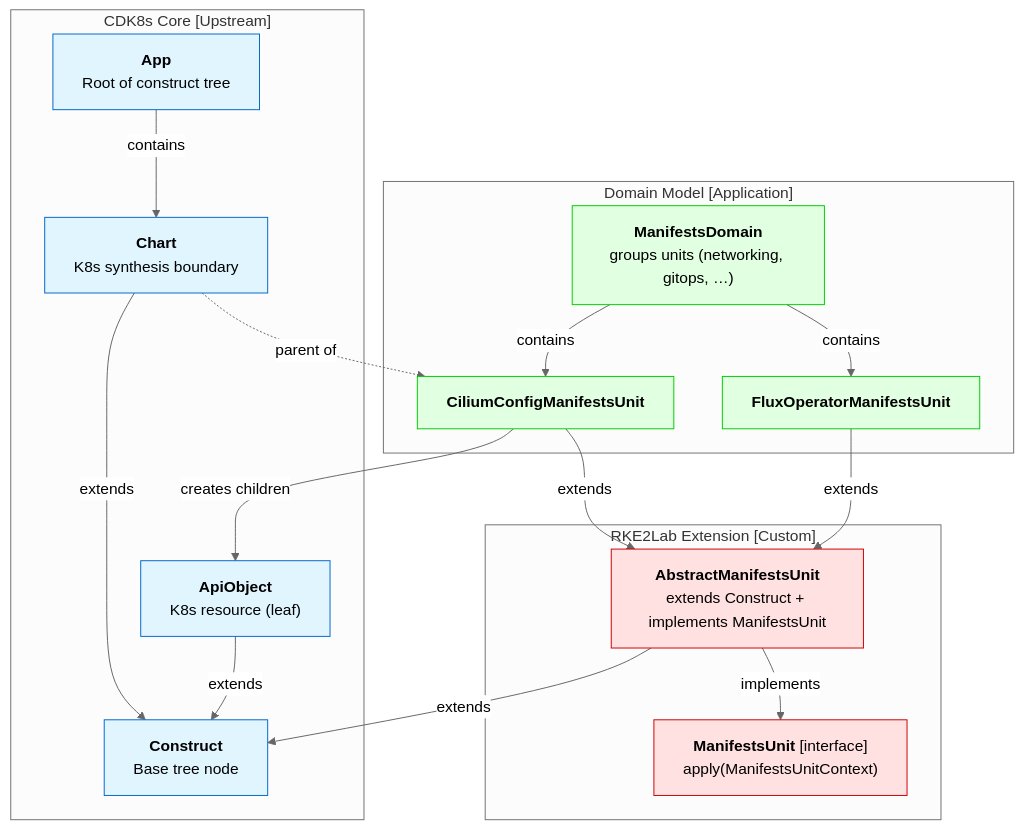
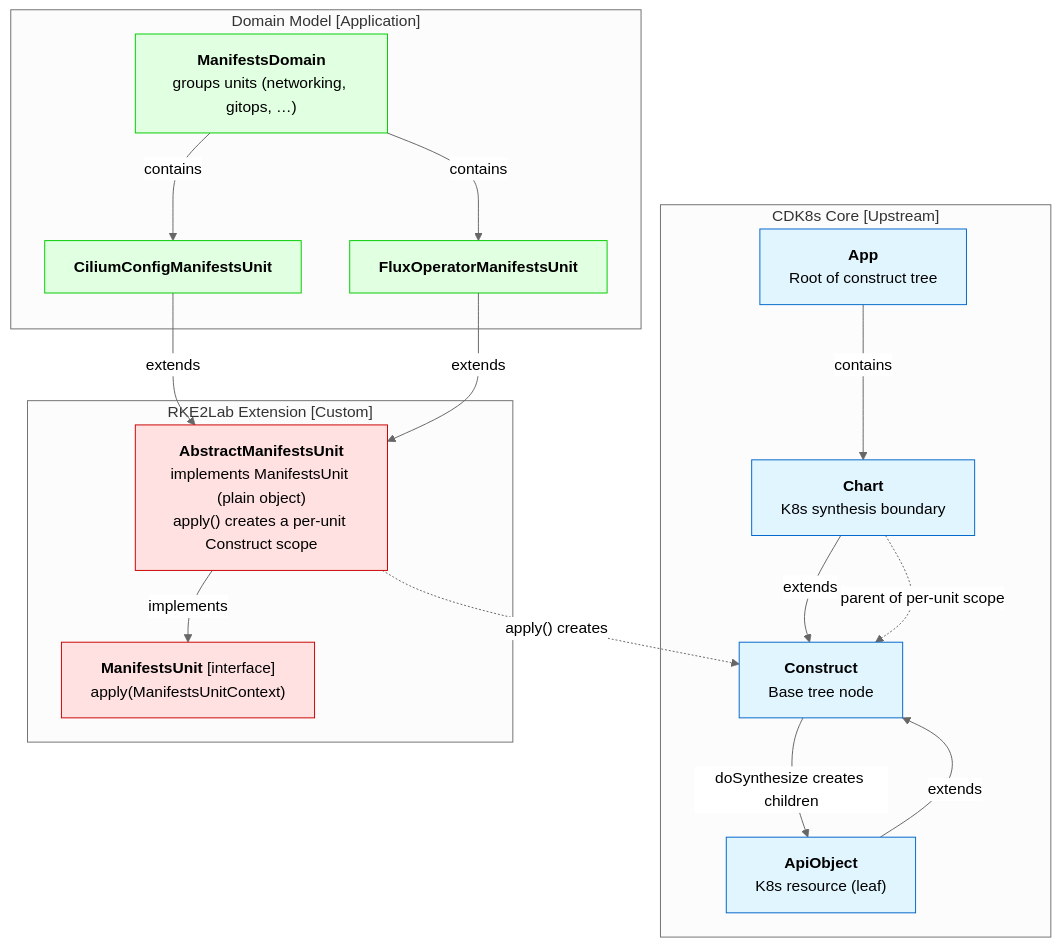
Before and after one commit to nxmatic/rke2lab: the second of 6 diagrams in docs/architecture/manifests/manifests-architecture.adoc, drawn with Mermaid (neutral theme). The commit also changed other lines of this file and 39 other files, not shown here.

```diff
--- a/docs/architecture/manifests/manifests-architecture.adoc
+++ b/docs/architecture/manifests/manifests-architecture.adoc
@@ -250,46 +247,46 @@
 [mermaid]
 ----
 graph TB
     subgraph "CDK8s Core [Upstream]"
         CDK8sApp["<b>App</b><br/>Root of construct tree"]
         CDK8sChart["<b>Chart</b><br/>K8s synthesis boundary"]
         CDK8sConstruct["<b>Construct</b><br/>Base tree node"]
         CDK8sApiObject["<b>ApiObject</b><br/>K8s resource (leaf)"]
 
         CDK8sApp -->|contains| CDK8sChart
         CDK8sChart -->|extends| CDK8sConstruct
         CDK8sApiObject -->|extends| CDK8sConstruct
     end
 
     subgraph "RKE2Lab Extension [Custom]"
-        Abstract["<b>AbstractManifestsUnit</b><br/>extends Construct + implements ManifestsUnit"]
+        Abstract["<b>AbstractManifestsUnit</b><br/>implements ManifestsUnit (plain object)<br/>apply() creates a per-unit Construct scope"]
         Iface["<b>ManifestsUnit</b> [interface]<br/>apply(ManifestsUnitContext)"]
 
-        Abstract -->|extends| CDK8sConstruct
         Abstract -->|implements| Iface
+        Abstract -.->|"apply() creates"| CDK8sConstruct
     end
 
     subgraph "Domain Model [Application]"
         Domain["<b>ManifestsDomain</b><br/>groups units (networking, gitops, …)"]
         Cilium["<b>CiliumConfigManifestsUnit</b>"]
         Flux["<b>FluxOperatorManifestsUnit</b>"]
 
         Domain -->|contains| Cilium
         Domain -->|contains| Flux
         Cilium -->|extends| Abstract
         Flux -->|extends| Abstract
     end
 
-    CDK8sChart -.->|parent of| Cilium
-    Cilium -->|creates children| CDK8sApiObject
+    CDK8sChart -.->|"parent of per-unit scope"| CDK8sConstruct
+    CDK8sConstruct -->|"doSynthesize creates children"| CDK8sApiObject
 
     style CDK8sApp fill:#e1f5ff,stroke:#0066cc
     style CDK8sChart fill:#e1f5ff,stroke:#0066cc
     style CDK8sConstruct fill:#e1f5ff,stroke:#0066cc
     style CDK8sApiObject fill:#e1f5ff,stroke:#0066cc
     style Abstract fill:#ffe1e1,stroke:#cc0000
     style Iface fill:#ffe1e1,stroke:#cc0000
     style Domain fill:#e1ffe1,stroke:#00cc00
     style Cilium fill:#e1ffe1,stroke:#00cc00
     style Flux fill:#e1ffe1,stroke:#00cc00
 ----
```
